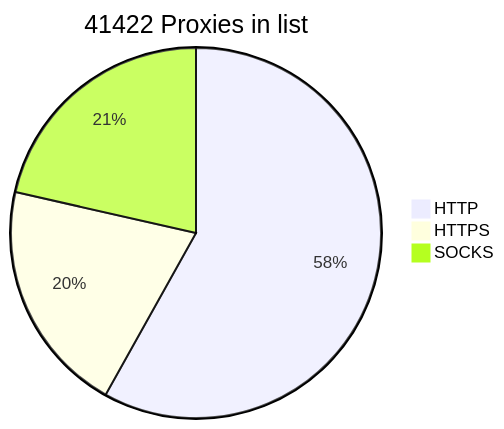
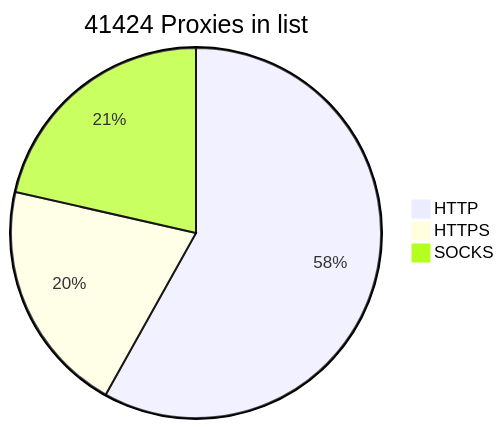
The diagram in README.md (BlackSnowDot/proxylist-update-every-minute), drawn with Mermaid before and after one commit.

````diff
--- a/README.md
+++ b/README.md
@@ -2,6 +2,6 @@
 ```mermaid
-pie title 41422 Proxies in list
-    "HTTP" : 27848
-    "HTTPS": 9800
-    "SOCKS" : 10276
+pie title 41424 Proxies in list
+    "HTTP" : 27851
+    "HTTPS": 9803
+    "SOCKS" : 10277
 ```
````
